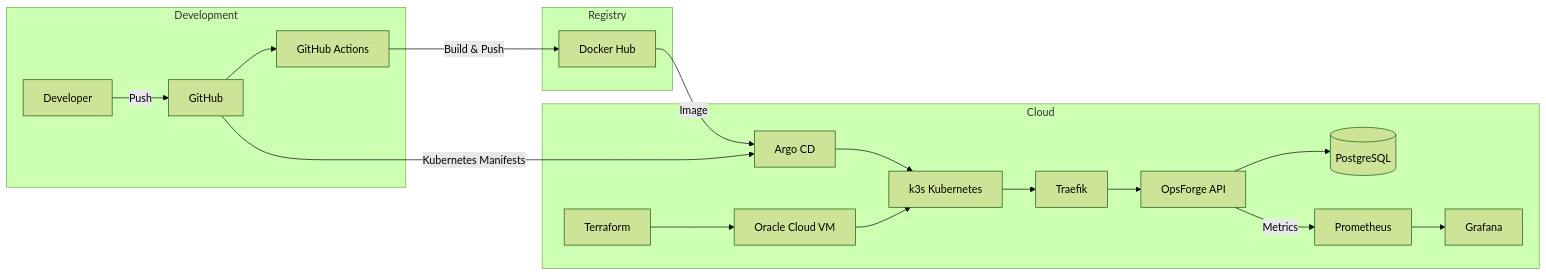
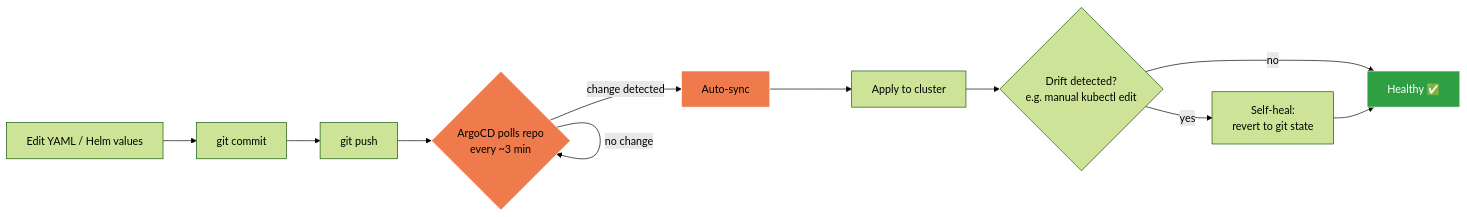
One commit to MouadModnibi/OpsForge changed the third of 3 diagrams in README.md. Above: the diagram before and after it, drawn with Mermaid (forest theme). The commit also changed other lines of this file, not shown here.

````diff
--- a/README.md
+++ b/README.md
@@ -22,41 +248,17 @@
 ```mermaid
 flowchart LR
+    A[Edit YAML / Helm values] --> B[git commit]
+    B --> C[git push]
+    C --> D{ArgoCD polls repo<br/>every ~3 min}
+    D -->|change detected| E[Auto-sync]
+    D -->|no change| D
+    E --> F[Apply to cluster]
+    F --> G{Drift detected?<br/>e.g. manual kubectl edit}
+    G -->|yes| H[Self-heal:<br/>revert to git state]
+    G -->|no| I[Healthy ✅]
+    H --> I
 
-subgraph Development
-A[Developer]
-B[GitHub]
-C[GitHub Actions]
-end
-
-subgraph Registry
-D[Docker Hub]
-end
-
-subgraph Cloud
-E[Terraform]
-F[Oracle Cloud VM]
-G[k3s Kubernetes]
-H[Traefik]
-I[OpsForge API]
-J[(PostgreSQL)]
-K[Prometheus]
-L[Grafana]
-M[Argo CD]
-end
-
-A -->|Push| B
-B --> C
-C -->|Build & Push| D
-D -->|Image| M
-B -->|Kubernetes Manifests| M
-M --> G
-
-E --> F
-F --> G
-
-G --> H
-H --> I
-I --> J
-I -->|Metrics| K
-K --> L
+    style D fill:#ef7b4d,stroke:#fff,color:#000
+    style E fill:#ef7b4d,stroke:#fff,color:#000
+    style I fill:#2ea043,stroke:#fff,color:#fff
 ```
````
